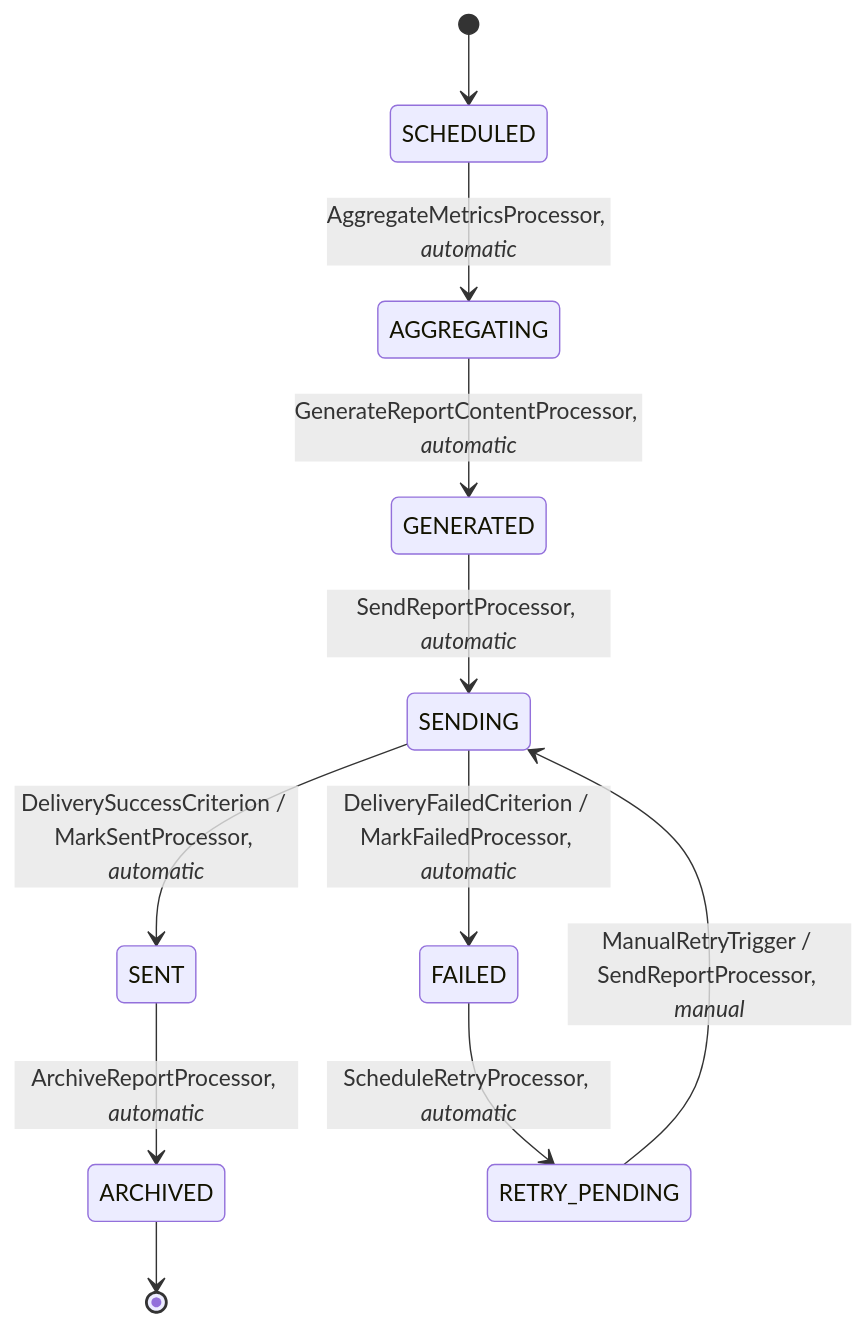
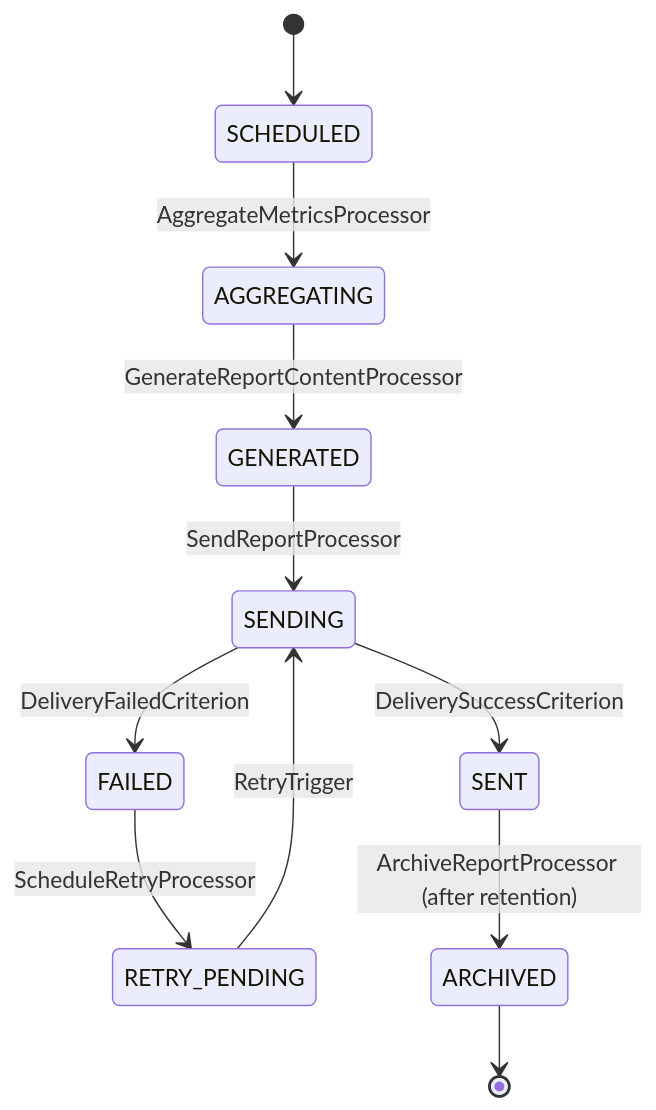
One commit to Cyoda-platform/java-client-template changed the third of 3 diagrams in src/main/java/com/java_template/prototype/functional_requirement.md. Above: the diagram before and after it, drawn with Mermaid. The commit also changed other lines of this file, not shown here.

````diff
--- a/src/main/java/com/java_template/prototype/functional_requirement.md
+++ b/src/main/java/com/java_template/prototype/functional_requirement.md
@@ -99,13 +153,13 @@
 ```mermaid
 stateDiagram-v2
     [*] --> SCHEDULED
-    SCHEDULED --> AGGREGATING : AggregateMetricsProcessor, *automatic*
-    AGGREGATING --> GENERATED : GenerateReportContentProcessor, *automatic*
-    GENERATED --> SENDING : SendReportProcessor, *automatic*
-    SENDING --> SENT : DeliverySuccessCriterion / MarkSentProcessor, *automatic*
-    SENDING --> FAILED : DeliveryFailedCriterion / MarkFailedProcessor, *automatic*
-    SENT --> ARCHIVED : ArchiveReportProcessor, *automatic*
-    FAILED --> RETRY_PENDING : ScheduleRetryProcessor, *automatic*
-    RETRY_PENDING --> SENDING : ManualRetryTrigger / SendReportProcessor, *manual*
+    SCHEDULED --> AGGREGATING : AggregateMetricsProcessor
+    AGGREGATING --> GENERATED : GenerateReportContentProcessor
+    GENERATED --> SENDING : SendReportProcessor
+    SENDING --> SENT : DeliverySuccessCriterion
+    SENDING --> FAILED : DeliveryFailedCriterion
+    FAILED --> RETRY_PENDING : ScheduleRetryProcessor
+    RETRY_PENDING --> SENDING : RetryTrigger
+    SENT --> ARCHIVED : ArchiveReportProcessor (after retention)
     ARCHIVED --> [*]
 ```
````
